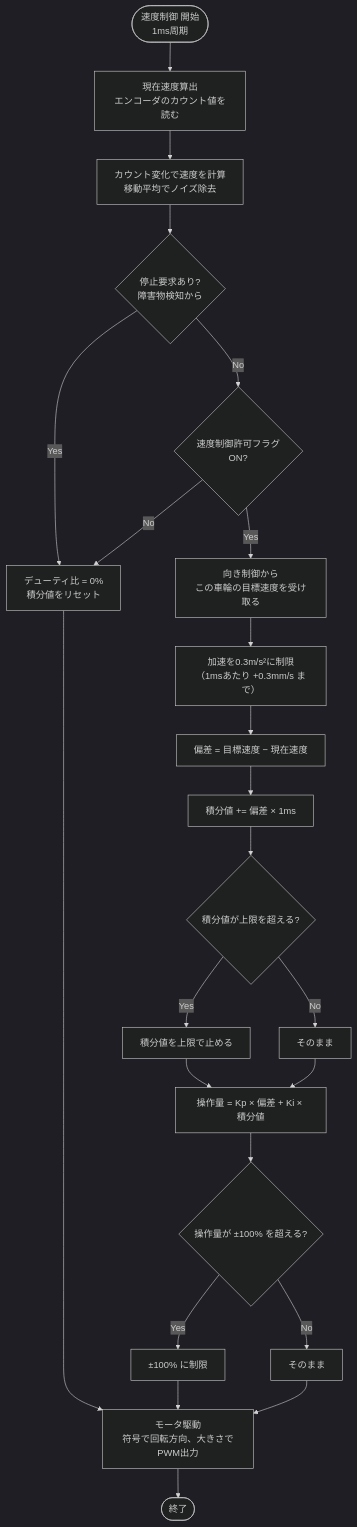
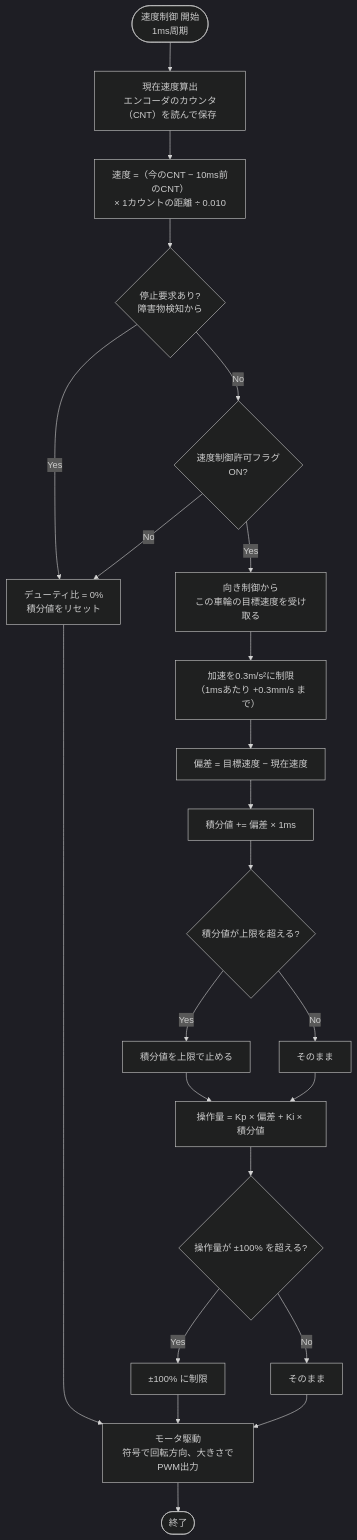
The diagram in docs/module/04_speed_control.md (ry0000taro/Ultrasonic-Tracking-Vehicle), drawn with Mermaid (dark theme) before and after one commit. The commit also changed other lines of this file, not shown here.

````diff
--- a/docs/module/04_speed_control.md
+++ b/docs/module/04_speed_control.md
@@ -36,25 +67,25 @@
 ```mermaid
 flowchart TD
-    A(["速度制御 開始<br>1ms周期"]) --> B["現在速度算出<br>エンコーダのカウント値を読む"]
-    B --> C["カウント変化で速度を計算<br>移動平均でノイズ除去"]
+    A(["速度制御 開始<br>1ms周期"]) --> B["現在速度算出<br>エンコーダのカウンタ（CNT）を読んで保存"]
+    B --> C["速度 =（今のCNT − 10ms前のCNT）<br>× 1カウントの距離 ÷ 0.010"]
     C --> D{"停止要求あり?<br>障害物検知から"}
     D -- "Yes" --> S["デューティ比 = 0%<br>積分値をリセット"]
     D -- "No" --> E{"速度制御許可フラグ<br>ON?"}
     E -- "No" --> S
     E -- "Yes" --> F["向き制御から<br>この車輪の目標速度を受け取る"]
     F --> F2["加速を0.3m/s²に制限<br>（1msあたり +0.3mm/s まで）"]
     F2 --> G["偏差 = 目標速度 − 現在速度"]
     G --> H["積分値 += 偏差 × 1ms"]
     H --> I{"積分値が上限を超える?"}
     I -- "Yes" --> J["積分値を上限で止める"]
     I -- "No" --> K["そのまま"]
     J --> L["操作量 = Kp × 偏差 + Ki × 積分値"]
     K --> L
     L --> M{"操作量が ±100% を超える?"}
     M -- "Yes" --> N["±100% に制限"]
     M -- "No" --> O["そのまま"]
     N --> P["モータ駆動<br>符号で回転方向、大きさでPWM出力"]
     O --> P
     S --> P
     P --> Q(["終了"])
 ```
````
